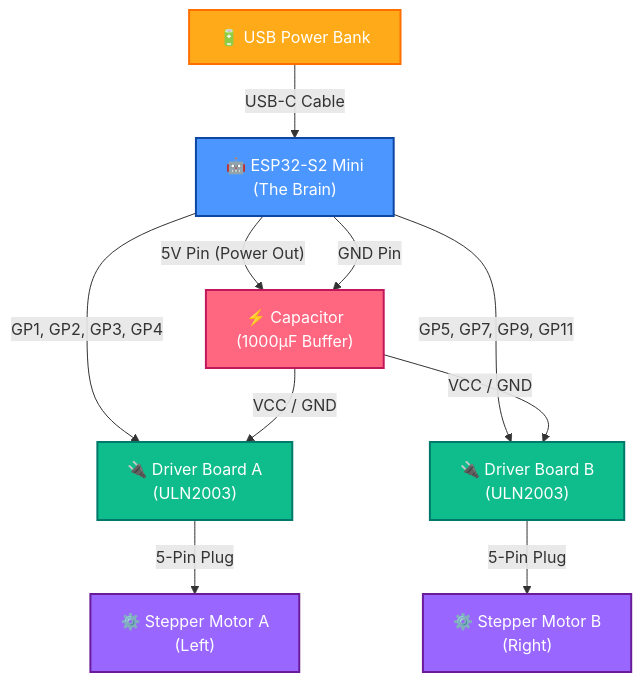
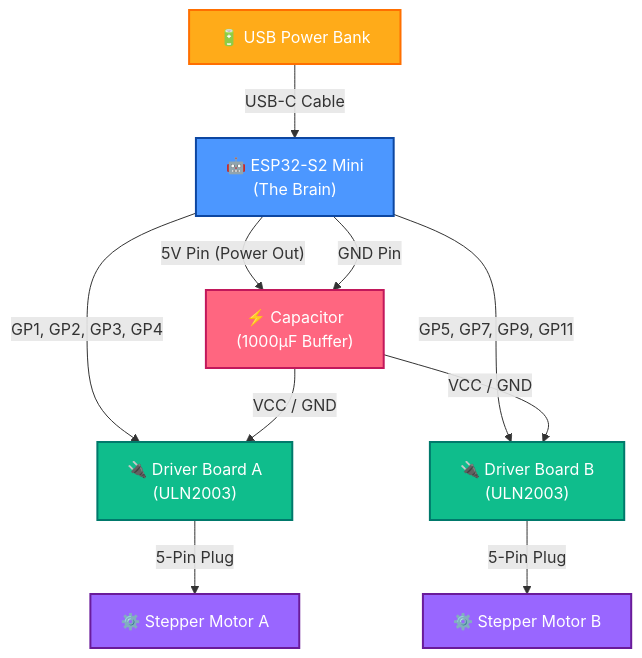
The diagram in README.md (sloev/robo), drawn with Mermaid before and after one commit. The commit also changed other lines of this file and 3 other files, not shown here.

````diff
--- a/README.md
+++ b/README.md
@@ -47,35 +54,35 @@
 ```mermaid
 graph TD
     %% Define Styles
     classDef esp32 fill:#4c97ff,stroke:#0d47a1,stroke-width:2px,color:#ffffff;
     classDef driver fill:#0fbd8c,stroke:#00796b,stroke-width:2px,color:#ffffff;
     classDef motor fill:#9966ff,stroke:#6a1b9a,stroke-width:2px,color:#ffffff;
     classDef power fill:#ffab19,stroke:#ff6f00,stroke-width:2px,color:#ffffff;
     classDef capacitor fill:#ff6680,stroke:#c2185b,stroke-width:2px,color:#ffffff;
 
     %% Nodes
     USB_PB["🔋 USB Power Bank"]:::power
     ESP_S2["🤖 ESP32-S2 Mini <br>(The Brain)"]:::esp32
     CAP["⚡ Capacitor <br>(1000µF Buffer)"]:::capacitor
     
     DRV_A["🔌 Driver Board A <br>(ULN2003)"]:::driver
     DRV_B["🔌 Driver Board B <br>(ULN2003)"]:::driver
     
-    MOT_A["⚙️ Stepper Motor A <br>(Left)"]:::motor
-    MOT_B["⚙️ Stepper Motor B <br>(Right)"]:::motor
+    MOT_A["⚙️ Stepper Motor A"]:::motor
+    MOT_B["⚙️ Stepper Motor B"]:::motor
 
     %% Connections
     USB_PB -->|USB-C Cable| ESP_S2
     
     ESP_S2 -->|GP1, GP2, GP3, GP4| DRV_A
     ESP_S2 -->|GP5, GP7, GP9, GP11| DRV_B
     
     ESP_S2 -->|"5V Pin (Power Out)"| CAP
     ESP_S2 -->|"GND Pin"| CAP
     
     CAP -->|VCC / GND| DRV_A
     CAP -->|VCC / GND| DRV_B
     
     DRV_A -->|5-Pin Plug| MOT_A
     DRV_B -->|5-Pin Plug| MOT_B
 ```
````
